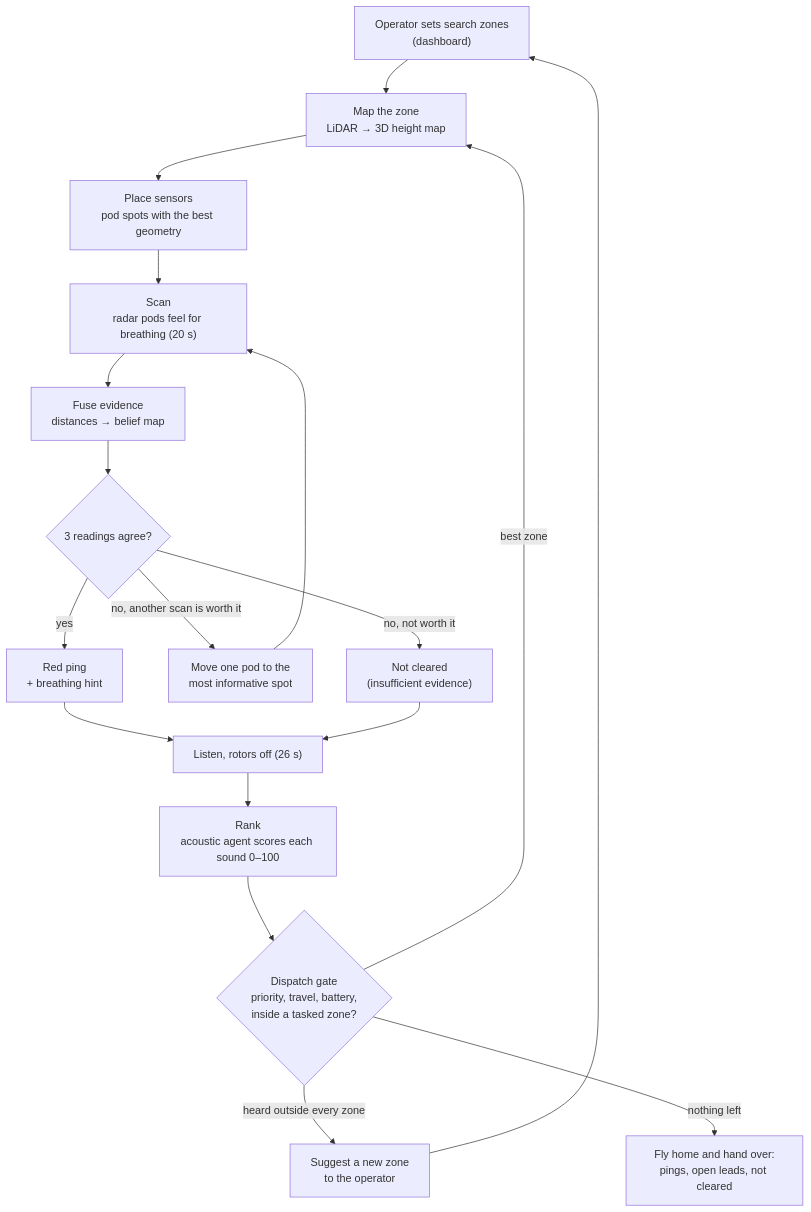
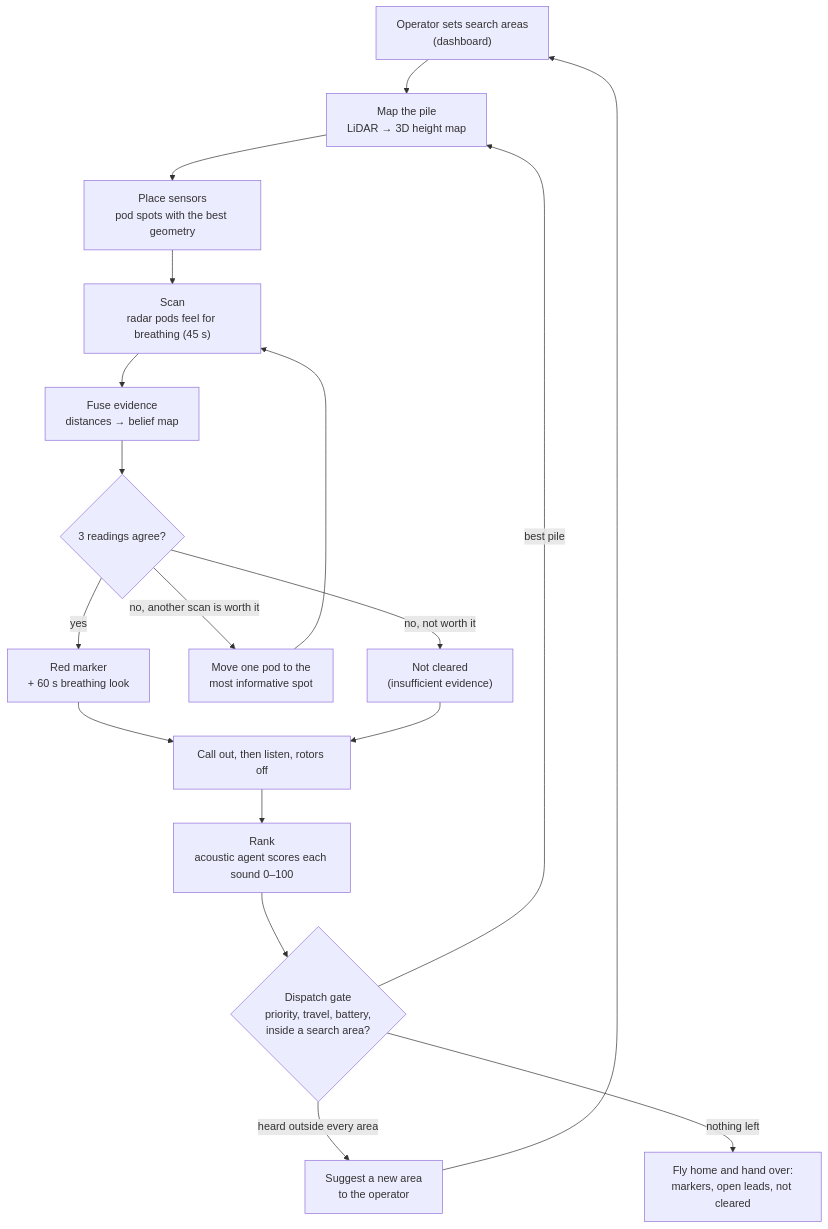
The first of 2 diagrams in larpverse/docs/SIMULATION_EXPLAINED.md (rohansharmacode/skysearch), drawn with Mermaid before and after one commit. The commit also changed other lines of this file, not shown here.

First line of the commit message:
SIMULATION_EXPLAINED: rewritten for the current take (grid seed 7, Y hidden voice near A1, clear pace, panel layout B); hardware, radar reach 2.9 m, vitals wording, real listening pipeline, glossary additions; NCKU-derived stills removed

````diff
--- a/larpverse/docs/SIMULATION_EXPLAINED.md
+++ b/larpverse/docs/SIMULATION_EXPLAINED.md
@@ -133,18 +141,18 @@
 ```mermaid
 flowchart TD
-    OP["Operator sets search zones<br/>(dashboard)"] --> MAP
-    MAP["Map the zone<br/>LiDAR → 3D height map"] --> PLACE
+    OP["Operator sets search areas<br/>(dashboard)"] --> MAP
+    MAP["Map the pile<br/>LiDAR → 3D height map"] --> PLACE
     PLACE["Place sensors<br/>pod spots with the best geometry"] --> SCAN
-    SCAN["Scan<br/>radar pods feel for breathing (20 s)"] --> FUSE
+    SCAN["Scan<br/>radar pods feel for breathing (45 s)"] --> FUSE
     FUSE["Fuse evidence<br/>distances → belief map"] --> Q{"3 readings agree?"}
-    Q -- "yes" --> PING["Red ping<br/>+ breathing hint"]
+    Q -- "yes" --> PING["Red marker<br/>+ 60 s breathing look"]
     Q -- "no, another scan is worth it" --> MOVE["Move one pod to the<br/>most informative spot"] --> SCAN
     Q -- "no, not worth it" --> NC["Not cleared<br/>(insufficient evidence)"]
     PING --> LISTEN
     NC --> LISTEN
-    LISTEN["Listen, rotors off (26 s)"] --> RANK
-    RANK["Rank<br/>acoustic agent scores each sound 0–100"] --> GATE{"Dispatch gate<br/>priority, travel, battery,<br/>inside a tasked zone?"}
-    GATE -- "best zone" --> MAP
-    GATE -- "heard outside every zone" --> SUG["Suggest a new zone<br/>to the operator"] --> OP
-    GATE -- "nothing left" --> HOME["Fly home and hand over:<br/>pings, open leads, not cleared"]
+    LISTEN["Call out, then listen, rotors off"] --> RANK
+    RANK["Rank<br/>acoustic agent scores each sound 0–100"] --> GATE{"Dispatch gate<br/>priority, travel, battery,<br/>inside a search area?"}
+    GATE -- "best pile" --> MAP
+    GATE -- "heard outside every area" --> SUG["Suggest a new area<br/>to the operator"] --> OP
+    GATE -- "nothing left" --> HOME["Fly home and hand over:<br/>markers, open leads, not cleared"]
 ```
````
